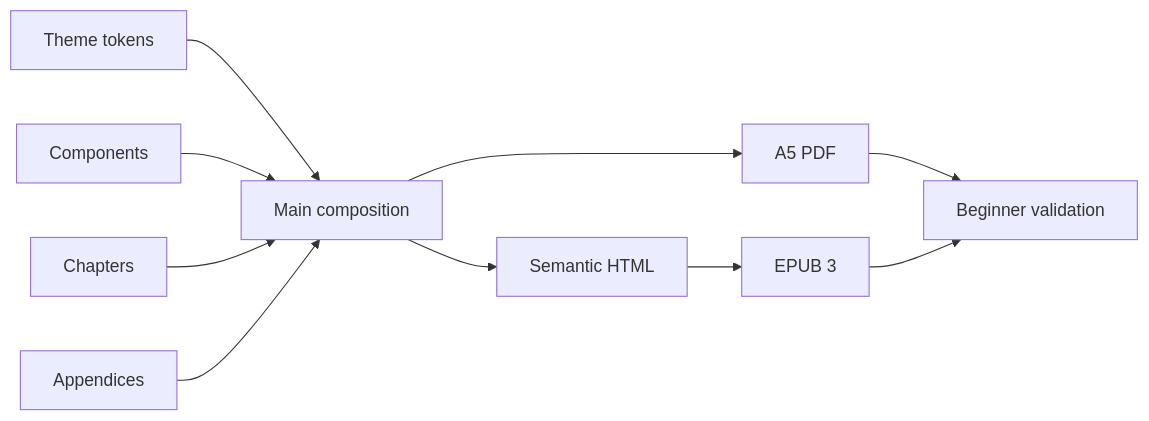
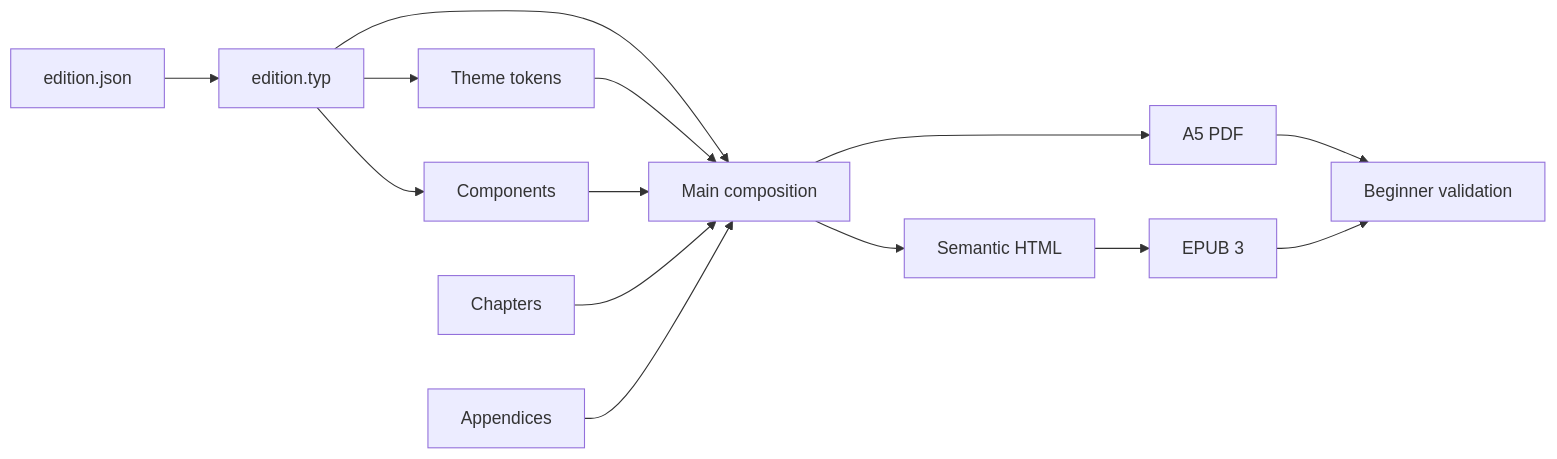
Before and after one commit to streamentry/streamentry: the first of 3 diagrams in book/AGENTS.md, drawn with Mermaid. The commit also changed other lines of this file and 30 other files, not shown here.

````diff
--- a/book/AGENTS.md
+++ b/book/AGENTS.md
@@ -23,12 +28,16 @@
 ```mermaid
 flowchart LR
+  D["edition.json"] --> L["edition.typ"]
+  L --> T
+  L --> C
+  L --> M
   T["Theme tokens"] --> M["Main composition"]
   C["Components"] --> M
   H["Chapters"] --> M
   A["Appendices"] --> M
   M --> P["A5 PDF"]
   M --> R["Semantic HTML"]
   R --> E["EPUB 3"]
   P --> V["Beginner validation"]
   E --> V
 ```
````
